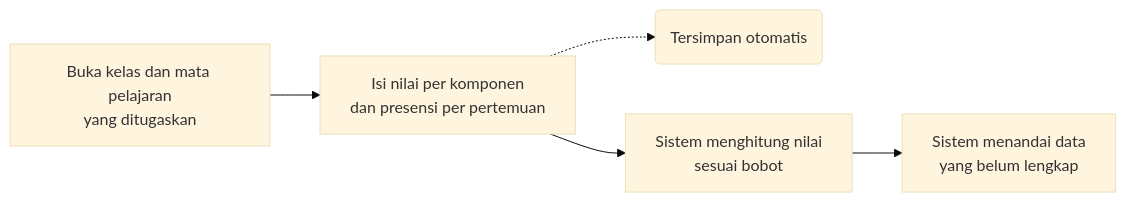
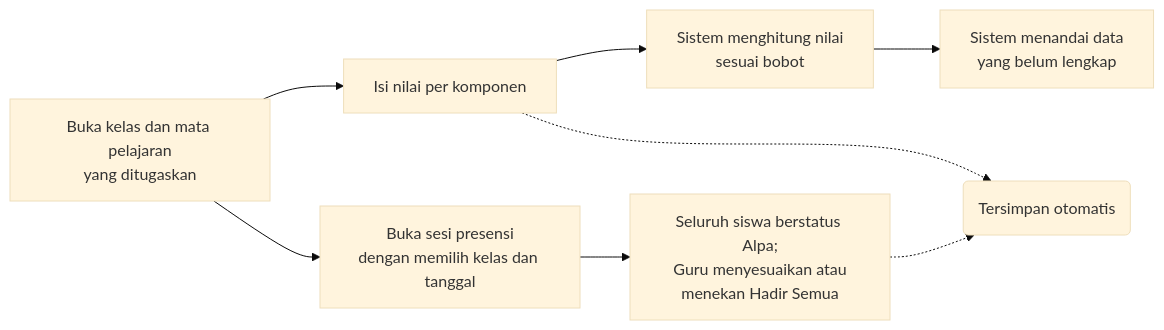
One commit to Korean-Asean-Digital-Academy-Batch-4/Docs changed the second of 5 diagrams in PRD.md. Above: the diagram before and after it, drawn with Mermaid (base theme). The commit also changed other lines of this file, not shown here.

First line of the commit message:
docs(prd): tetapkan struktur mapel-jenjang dan alur sesi presensi (v2.2)

````diff
--- a/PRD.md
+++ b/PRD.md
@@ -184,10 +186,14 @@
 ```mermaid
 flowchart LR
     A["Buka kelas dan mata pelajaran<br/>yang ditugaskan"]
-    B["Isi nilai per komponen<br/>dan presensi per pertemuan"]
+    B["Isi nilai per komponen"]
+    S["Buka sesi presensi<br/>dengan memilih kelas dan tanggal"]
+    T["Seluruh siswa berstatus Alpa;<br/>Guru menyesuaikan atau<br/>menekan Hadir Semua"]
     C("Tersimpan otomatis")
     D["Sistem menghitung nilai<br/>sesuai bobot"]
     E["Sistem menandai data<br/>yang belum lengkap"]
     A --> B --> D --> E
+    A --> S --> T
     B -.-> C
+    T -.-> C
 ```
````
